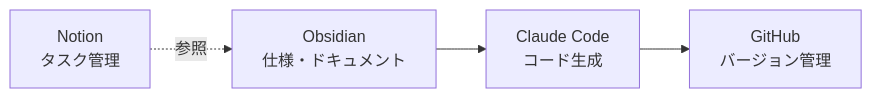
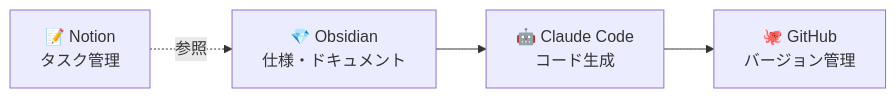
The diagram in documents/05_vs_notion.md (ayies128/obsidian_presentation), drawn with Mermaid before and after one commit. The commit also changed other lines of this file and 14 other files, not shown here.

````diff
--- a/documents/05_vs_notion.md
+++ b/documents/05_vs_notion.md
@@ -137,6 +137,6 @@
 ```mermaid
 graph LR
-    A[Obsidian<br/>仕様・ドキュメント] --> B[Claude Code<br/>コード生成]
-    B --> C[GitHub<br/>バージョン管理]
-    D[Notion<br/>タスク管理] -.->|参照| A
+    A[💎 Obsidian<br/>仕様・ドキュメント] --> B[🤖 Claude Code<br/>コード生成]
+    B --> C[🐙 GitHub<br/>バージョン管理]
+    D[📝 Notion<br/>タスク管理] -.->|参照| A
 ```
````
